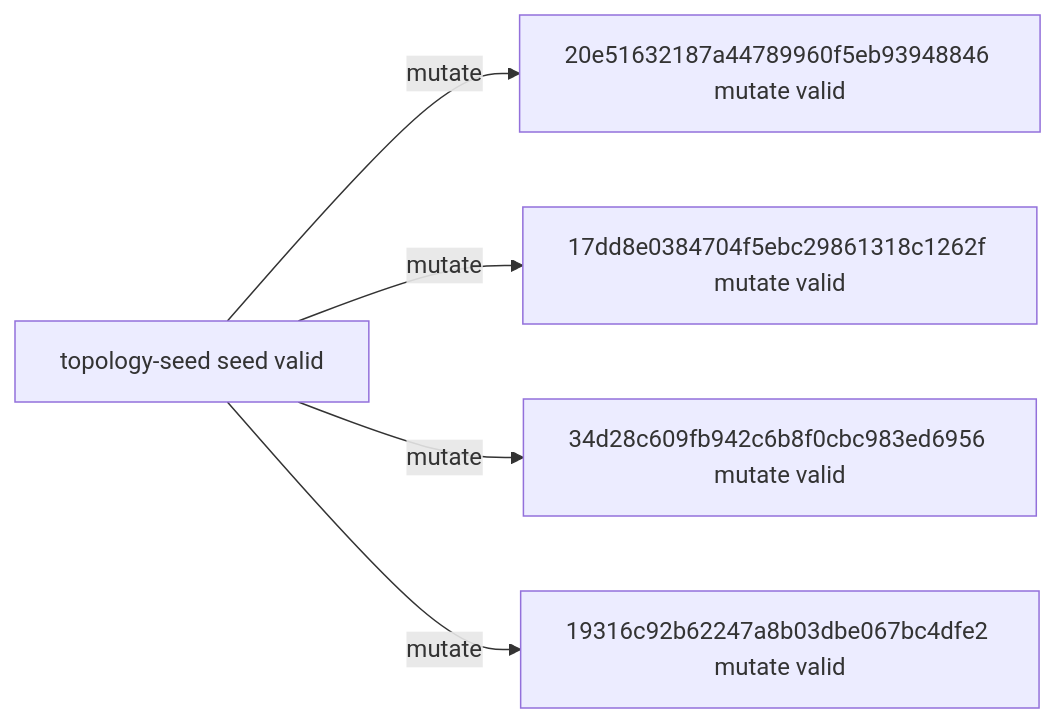
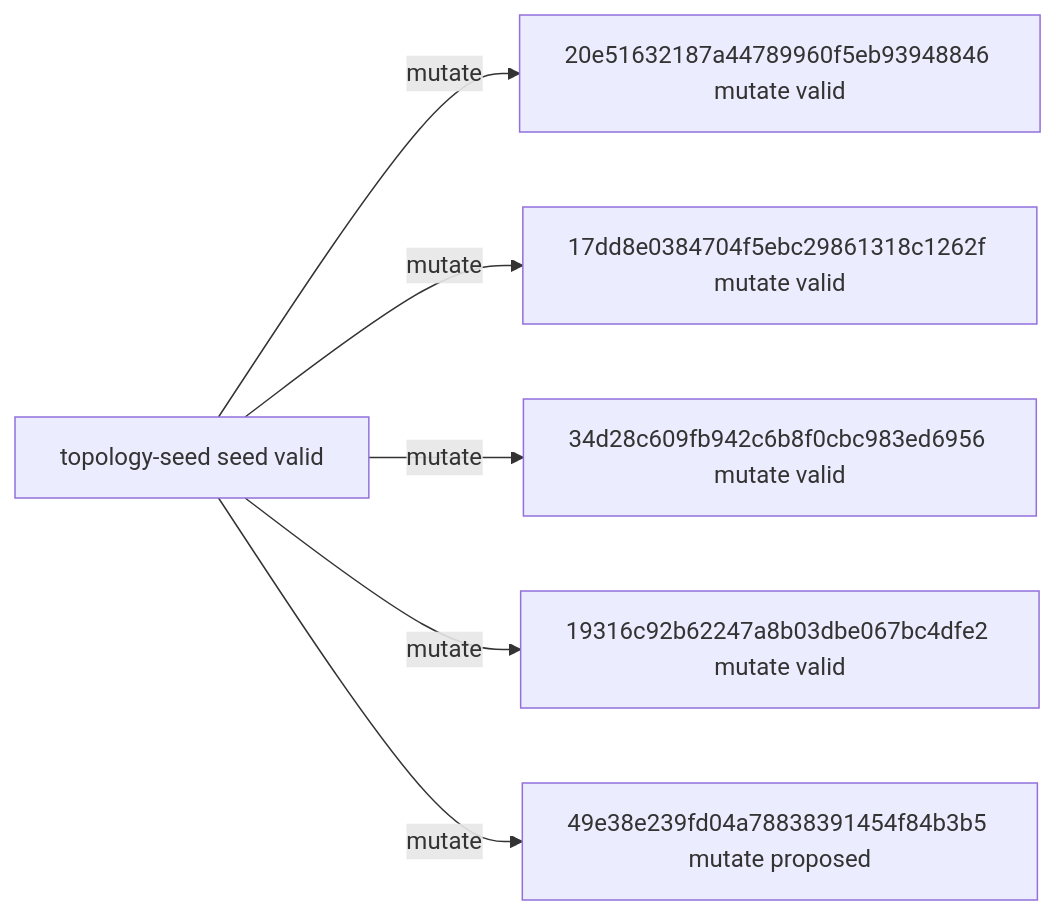
Before and after one commit to timbtz/feyer-search-lab: the diagram in experiments/campaigns/topology-smac-v1/README.md, drawn with Mermaid. The commit also changed other lines of this file and 7 other files, not shown here.

````diff
--- a/experiments/campaigns/topology-smac-v1/README.md
+++ b/experiments/campaigns/topology-smac-v1/README.md
@@ -21,12 +21,14 @@
 ```mermaid
 graph LR
   n0["topology-seed seed valid"]
   n1["20e51632187a44789960f5eb93948846 mutate valid"]
   n2["17dd8e0384704f5ebc29861318c1262f mutate valid"]
   n3["34d28c609fb942c6b8f0cbc983ed6956 mutate valid"]
   n4["19316c92b62247a8b03dbe067bc4dfe2 mutate valid"]
+  n5["49e38e239fd04a78838391454f84b3b5 mutate proposed"]
   n0 -->|mutate| n1
   n0 -->|mutate| n2
   n0 -->|mutate| n3
   n0 -->|mutate| n4
+  n0 -->|mutate| n5
 ```
````
